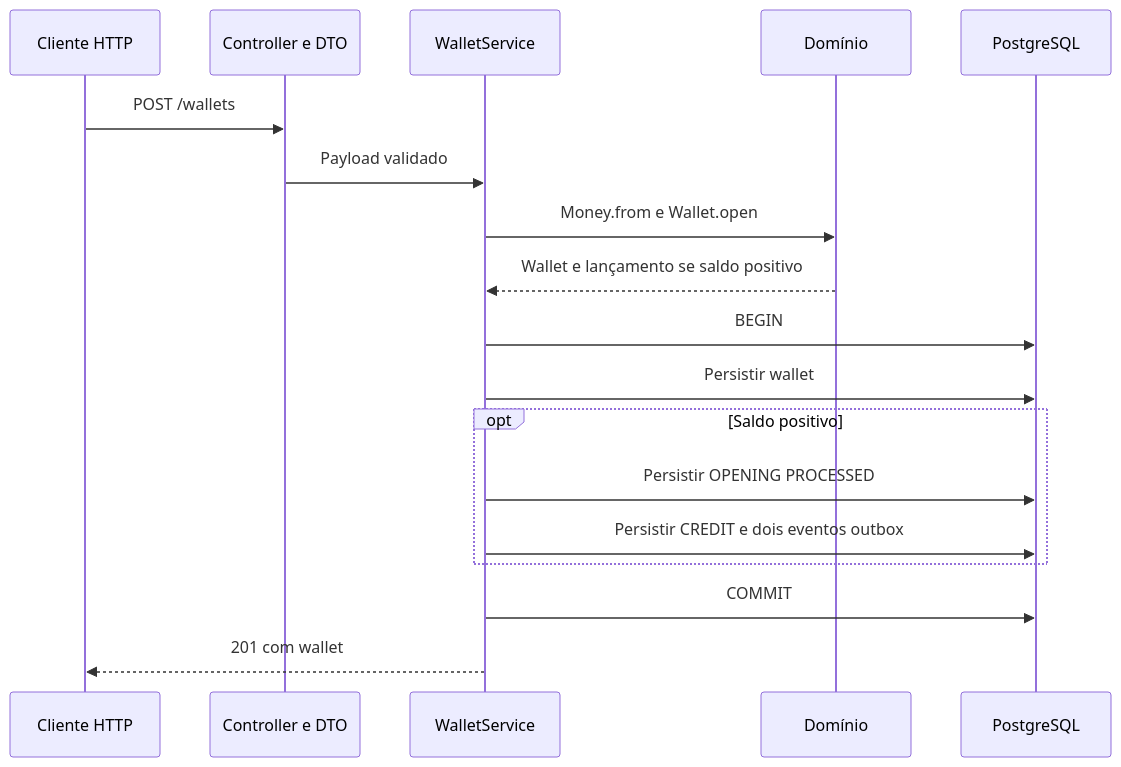
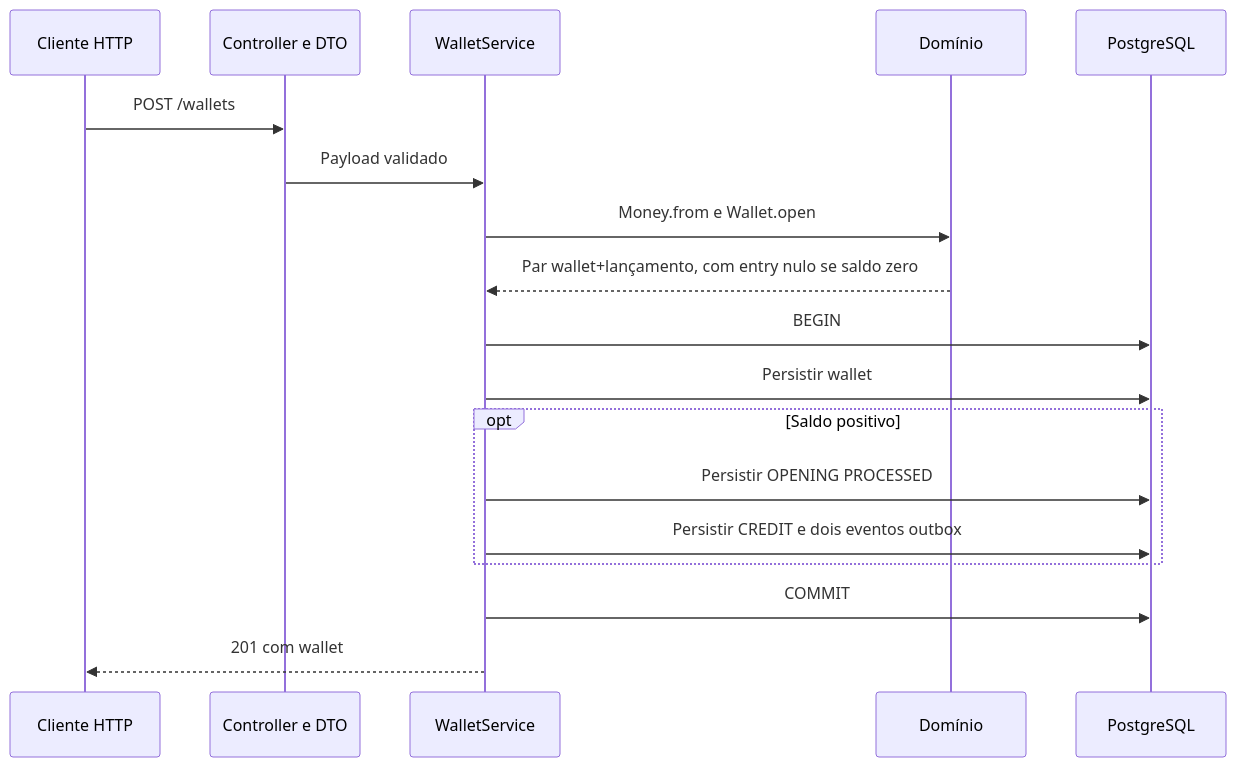
The diagram in ARCHITECTURE.md (enzofagundz/distributed-wagering-processor), drawn with Mermaid before and after one commit. The commit also changed other lines of this file and 2 other files, not shown here.

Commit message:
docs(wallet): documenta o par de wallet e lançamento

````diff
--- a/ARCHITECTURE.md
+++ b/ARCHITECTURE.md
@@ -43,20 +63,20 @@
 ```mermaid
 sequenceDiagram
     participant C as Cliente HTTP
     participant H as Controller e DTO
     participant S as WalletService
     participant D as Domínio
     participant P as PostgreSQL
     C->>H: POST /wallets
     H->>S: Payload validado
     S->>D: Money.from e Wallet.open
-    D-->>S: Wallet e lançamento se saldo positivo
+    D-->>S: Par wallet+lançamento, com entry nulo se saldo zero
     S->>P: BEGIN
     S->>P: Persistir wallet
     opt Saldo positivo
         S->>P: Persistir OPENING PROCESSED
         S->>P: Persistir CREDIT e dois eventos outbox
     end
     S->>P: COMMIT
     S-->>C: 201 com wallet
 ```
````
